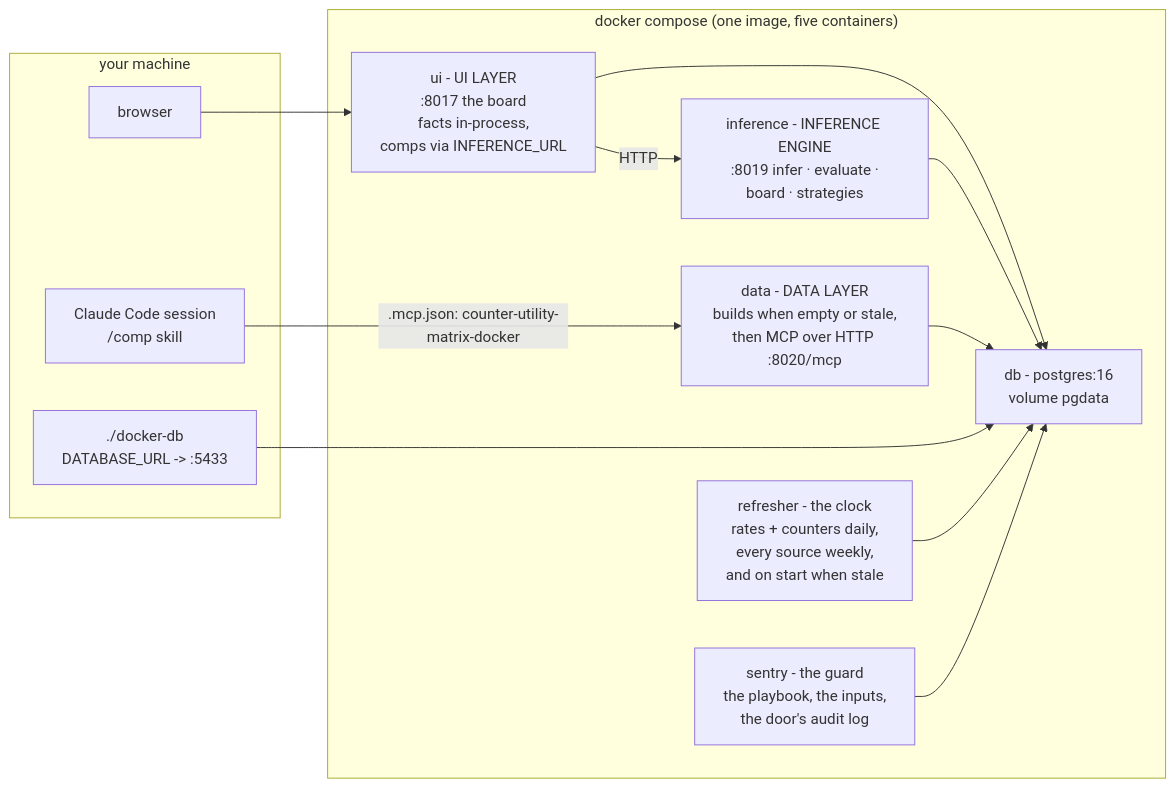
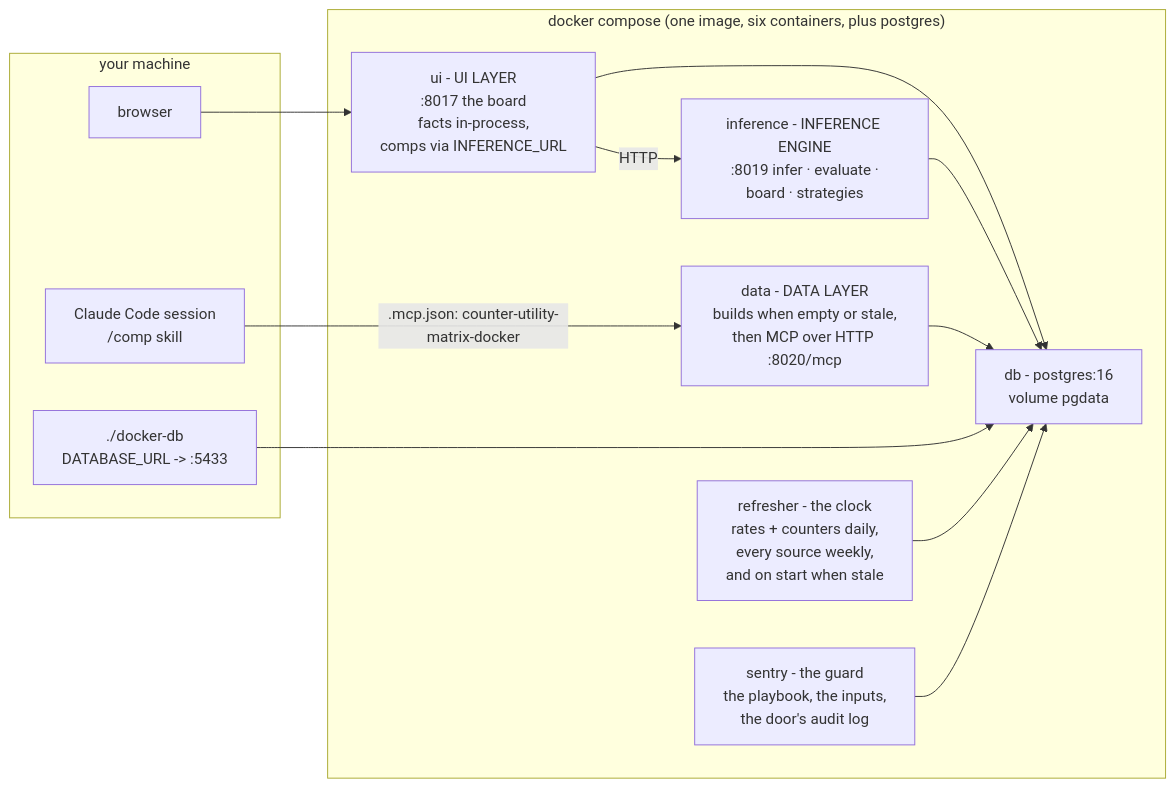
The second of 2 diagrams in docs/architecture.md (mmikol/counter-utility-matrix), drawn with Mermaid before and after one commit. The commit also changed other lines of this file and 18 other files, not shown here.

````diff
--- a/docs/architecture.md
+++ b/docs/architecture.md
@@ -128,25 +128,25 @@
 ```mermaid
 flowchart LR
     subgraph HOST["your machine"]
         SESSION["Claude Code session<br/>/comp skill"]
         BROWSER["browser"]
         SHELL["./docker-db<br/>DATABASE_URL -> :5433"]
     end
-    subgraph DOCKER["docker compose (one image, five containers)"]
+    subgraph DOCKER["docker compose (one image, six containers, plus postgres)"]
         DATA["data - DATA LAYER<br/>builds when empty or stale,<br/>then MCP over HTTP :8020/mcp"]
         INF["inference - INFERENCE ENGINE<br/>:8019 infer · evaluate ·<br/>board · strategies"]
         UI["ui - UI LAYER<br/>:8017 the board<br/>facts in-process,<br/>comps via INFERENCE_URL"]
         DBC["db - postgres:16<br/>volume pgdata"]
         REF["refresher - the clock<br/>rates + counters daily,<br/>every source weekly,<br/>and on start when stale"]
         SEN["sentry - the guard<br/>the playbook, the inputs,<br/>the door's audit log"]
     end
     SESSION -->|".mcp.json: counter-utility-matrix-docker"| DATA
     BROWSER --> UI
     UI -->|"HTTP"| INF
     UI --> DBC
     INF --> DBC
     DATA --> DBC
     SHELL --> DBC
     REF --> DBC
     SEN --> DBC
 ```
````
